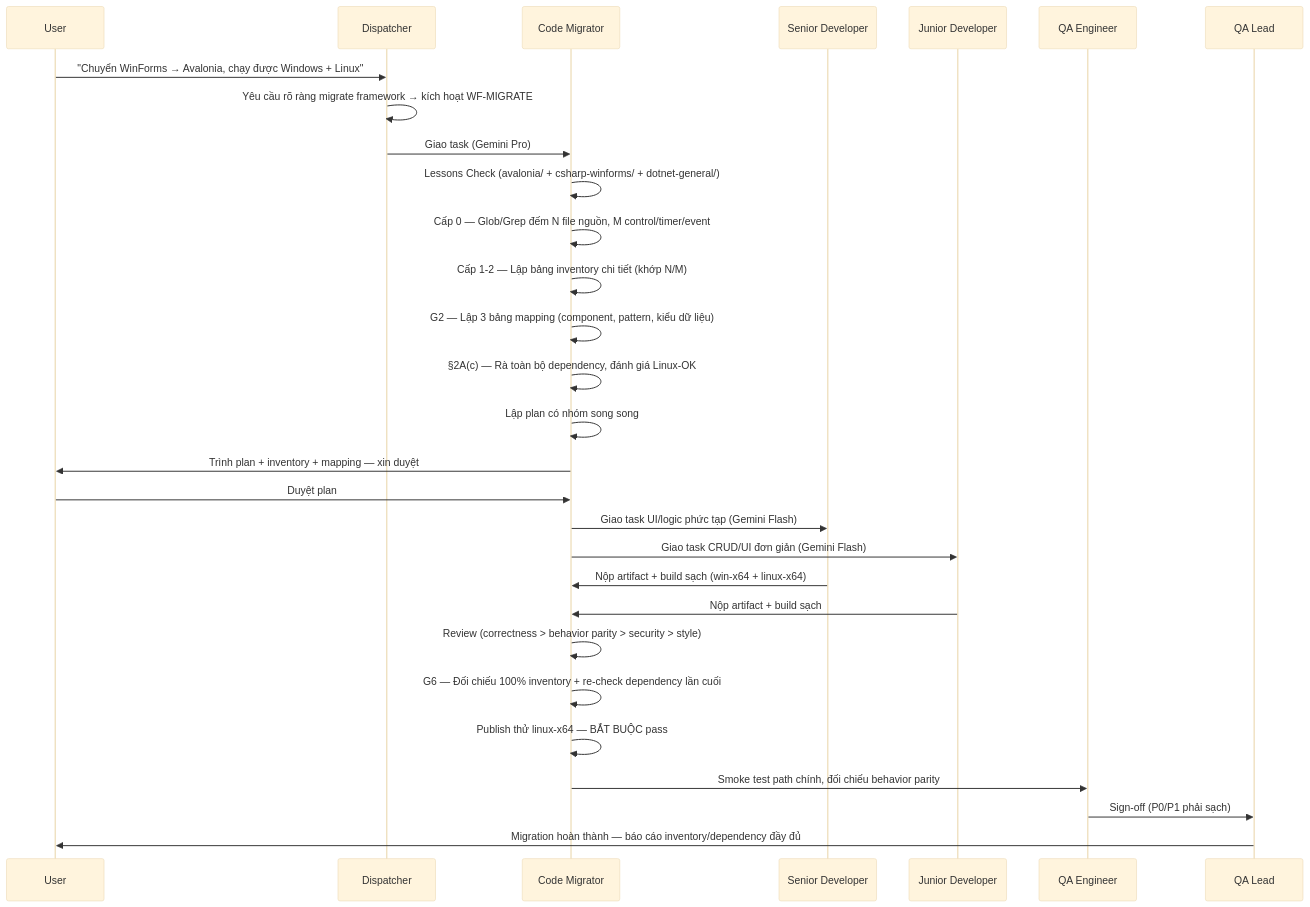
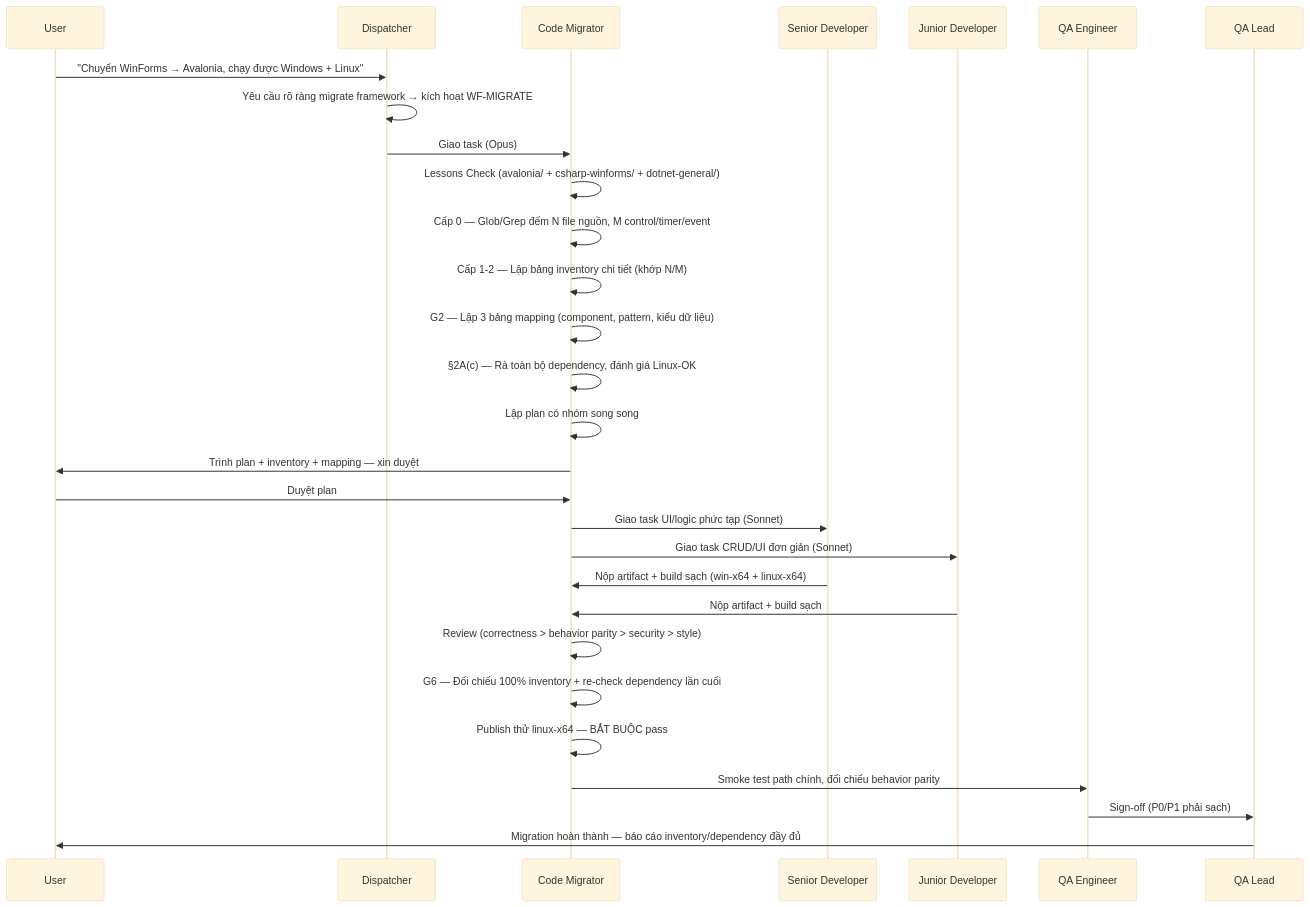
Before and after one commit to flick-git-anhnv/Gemini: the eighth of 11 diagrams in WORKFLOW.md, drawn with Mermaid (base theme). The commit also changed other lines of this file and 127 other files, not shown here.

````diff
--- a/WORKFLOW.md
+++ b/WORKFLOW.md
@@ -301,35 +301,35 @@
 ```mermaid
 sequenceDiagram
     participant U as User
     participant Disp as Dispatcher
     participant CM as Code Migrator
     participant SD as Senior Developer
     participant JD as Junior Developer
     participant QA as QA Engineer
     participant QAL as QA Lead
 
     U->>Disp: "Chuyển WinForms → Avalonia, chạy được Windows + Linux"
     Disp->>Disp: Yêu cầu rõ ràng migrate framework → kích hoạt WF-MIGRATE
-    Disp->>CM: Giao task (Gemini Pro)
+    Disp->>CM: Giao task (Opus)
 
     CM->>CM: Lessons Check (avalonia/ + csharp-winforms/ + dotnet-general/)
     CM->>CM: Cấp 0 — Glob/Grep đếm N file nguồn, M control/timer/event
     CM->>CM: Cấp 1-2 — Lập bảng inventory chi tiết (khớp N/M)
     CM->>CM: G2 — Lập 3 bảng mapping (component, pattern, kiểu dữ liệu)
     CM->>CM: §2A(c) — Rà toàn bộ dependency, đánh giá Linux-OK
     CM->>CM: Lập plan có nhóm song song
     CM->>U: Trình plan + inventory + mapping — xin duyệt
     U->>CM: Duyệt plan
 
-    CM->>SD: Giao task UI/logic phức tạp (Gemini Flash)
-    CM->>JD: Giao task CRUD/UI đơn giản (Gemini Flash)
+    CM->>SD: Giao task UI/logic phức tạp (Sonnet)
+    CM->>JD: Giao task CRUD/UI đơn giản (Sonnet)
     SD->>CM: Nộp artifact + build sạch (win-x64 + linux-x64)
     JD->>CM: Nộp artifact + build sạch
 
     CM->>CM: Review (correctness > behavior parity > security > style)
     CM->>CM: G6 — Đối chiếu 100% inventory + re-check dependency lần cuối
     CM->>CM: Publish thử linux-x64 — BẮT BUỘC pass
     CM->>QA: Smoke test path chính, đối chiếu behavior parity
     QA->>QAL: Sign-off (P0/P1 phải sạch)
     QAL->>U: Migration hoàn thành — báo cáo inventory/dependency đầy đủ
 ```
````
